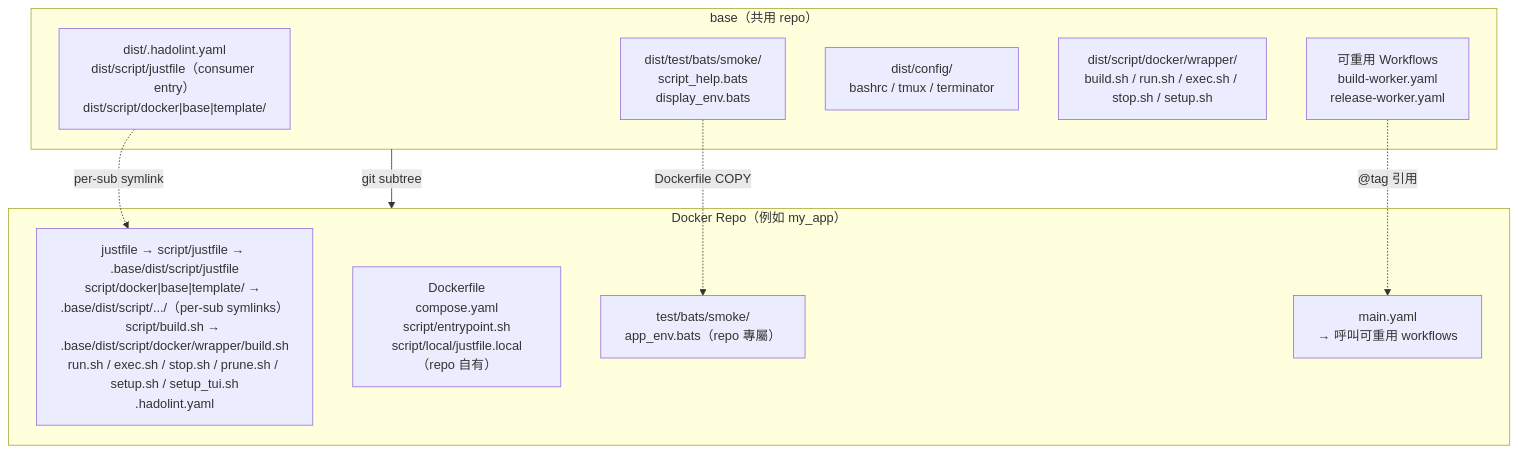
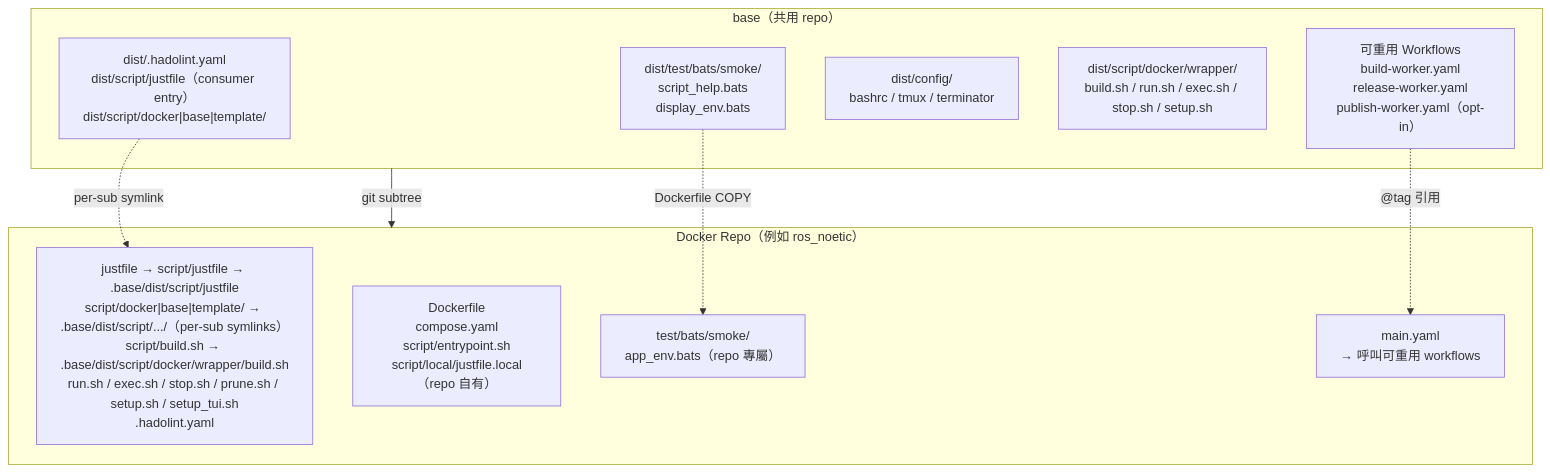
Before and after one commit to ycpss91255-docker/base: the first of 2 diagrams in doc/readme/README.zh-TW.md, drawn with Mermaid. The commit also changed other lines of this file and 3 other files, not shown here.

````diff
--- a/doc/readme/README.zh-TW.md
+++ b/doc/readme/README.zh-TW.md
@@ -84,22 +84,22 @@
 ```mermaid
 graph TB
     subgraph base["base（共用 repo）"]
         scripts["dist/.hadolint.yaml<br/>dist/script/justfile（consumer entry）<br/>dist/script/docker|base|template/"]
         smoke["dist/test/bats/smoke/<br/>script_help.bats<br/>display_env.bats"]
         config["dist/config/<br/>bashrc / tmux / terminator"]
         mgmt["dist/script/docker/wrapper/<br/>build.sh / run.sh / exec.sh / stop.sh / setup.sh"]
-        workflows["可重用 Workflows<br/>build-worker.yaml<br/>release-worker.yaml"]
+        workflows["可重用 Workflows<br/>build-worker.yaml<br/>release-worker.yaml<br/>publish-worker.yaml（opt-in）"]
     end
 
-    subgraph consumer["Docker Repo（例如 my_app）"]
+    subgraph consumer["Docker Repo（例如 ros_noetic）"]
         symlinks["justfile → script/justfile → .base/dist/script/justfile<br/>script/docker|base|template/ → .base/dist/script/.../（per-sub symlinks）<br/>script/build.sh → .base/dist/script/docker/wrapper/build.sh<br/>run.sh / exec.sh / stop.sh / prune.sh / setup.sh / setup_tui.sh<br/>.hadolint.yaml"]
         dockerfile["Dockerfile<br/>compose.yaml<br/>script/entrypoint.sh<br/>script/local/justfile.local（repo 自有）"]
         repo_test["test/bats/smoke/<br/>app_env.bats（repo 專屬）"]
         main_yaml["main.yaml<br/>→ 呼叫可重用 workflows"]
     end
 
     base -- "git subtree" --> consumer
     scripts -. "per-sub symlink" .-> symlinks
     smoke -. "Dockerfile COPY" .-> repo_test
     workflows -. "@tag 引用" .-> main_yaml
 ```
````
